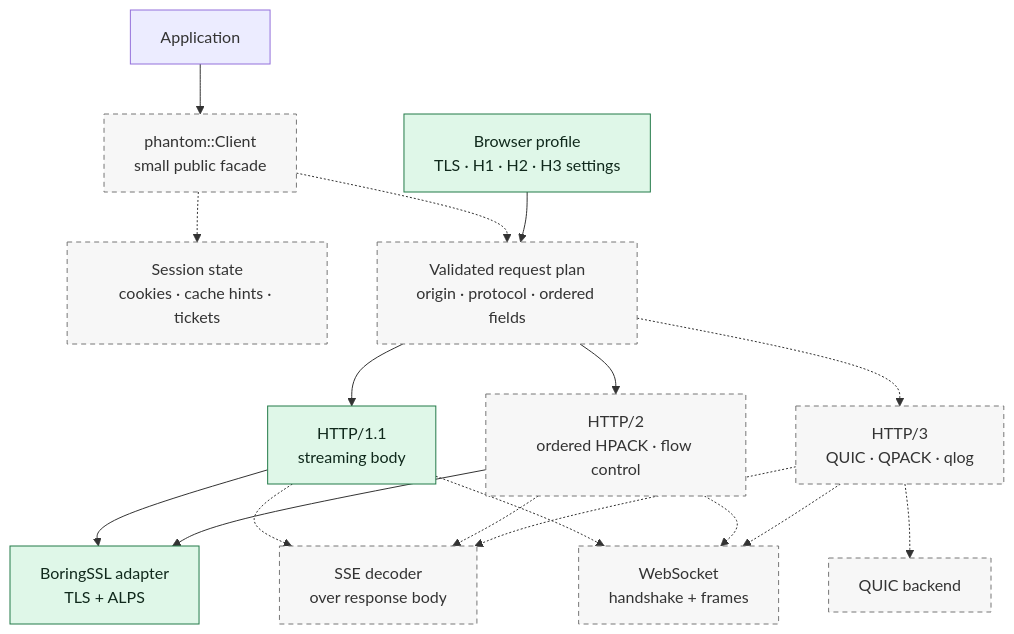
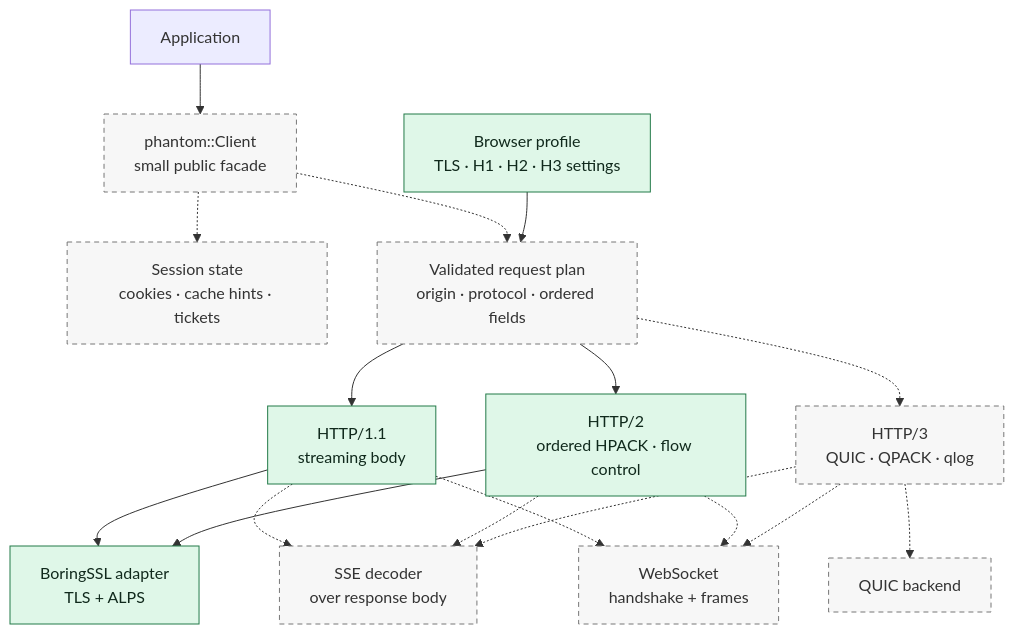
One commit to bywayhq/phantom changed the first of 3 diagrams in docs/architecture.md. Above: the diagram before and after it, drawn with Mermaid.

Commit message:
docs: mark HTTP/2 transport current

````diff
--- a/docs/architecture.md
+++ b/docs/architecture.md
@@ -21,38 +21,38 @@
 ```mermaid
 flowchart TB
     User[Application]
     Client["phantom::Client<br/>small public facade"]
     Session["Session state<br/>cookies · cache hints · tickets"]
     Plan["Validated request plan<br/>origin · protocol · ordered fields"]
     Profile["Browser profile<br/>TLS · H1 · H2 · H3 settings"]
 
     H1["HTTP/1.1<br/>streaming body"]
     H2["HTTP/2<br/>ordered HPACK · flow control"]
     H3["HTTP/3<br/>QUIC · QPACK · qlog"]
     TLS["BoringSSL adapter<br/>TLS + ALPS"]
     QUIC["QUIC backend"]
     SSE["SSE decoder<br/>over response body"]
     WS["WebSocket<br/>handshake + frames"]
 
     User --> Client
     Client -.-> Session
     Client -.-> Plan
     Profile --> Plan
     Plan --> H1
     Plan --> H2
     Plan -.-> H3
     H1 --> TLS
     H2 --> TLS
     H3 -.-> QUIC
     H1 -.-> SSE
     H2 -.-> SSE
     H3 -.-> SSE
     H1 -.-> WS
     H2 -.-> WS
     H3 -.-> WS
 
     classDef current fill:#dff7e8,stroke:#237a49,color:#10291c
     classDef planned fill:#f7f7f7,stroke:#777,stroke-dasharray:5 4,color:#333
-    class Profile,H1,TLS current
-    class Client,Session,Plan,H2,H3,QUIC,SSE,WS planned
+    class Profile,H1,H2,TLS current
+    class Client,Session,Plan,H3,QUIC,SSE,WS planned
 ```
````
